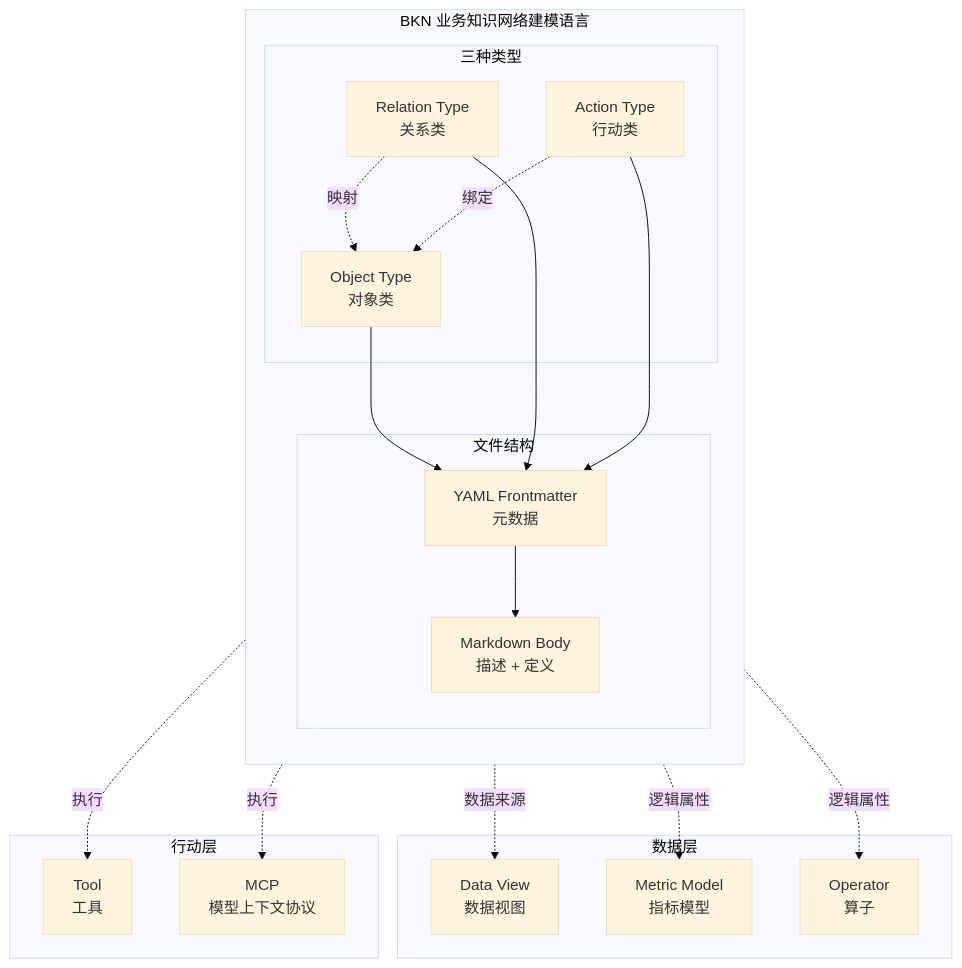
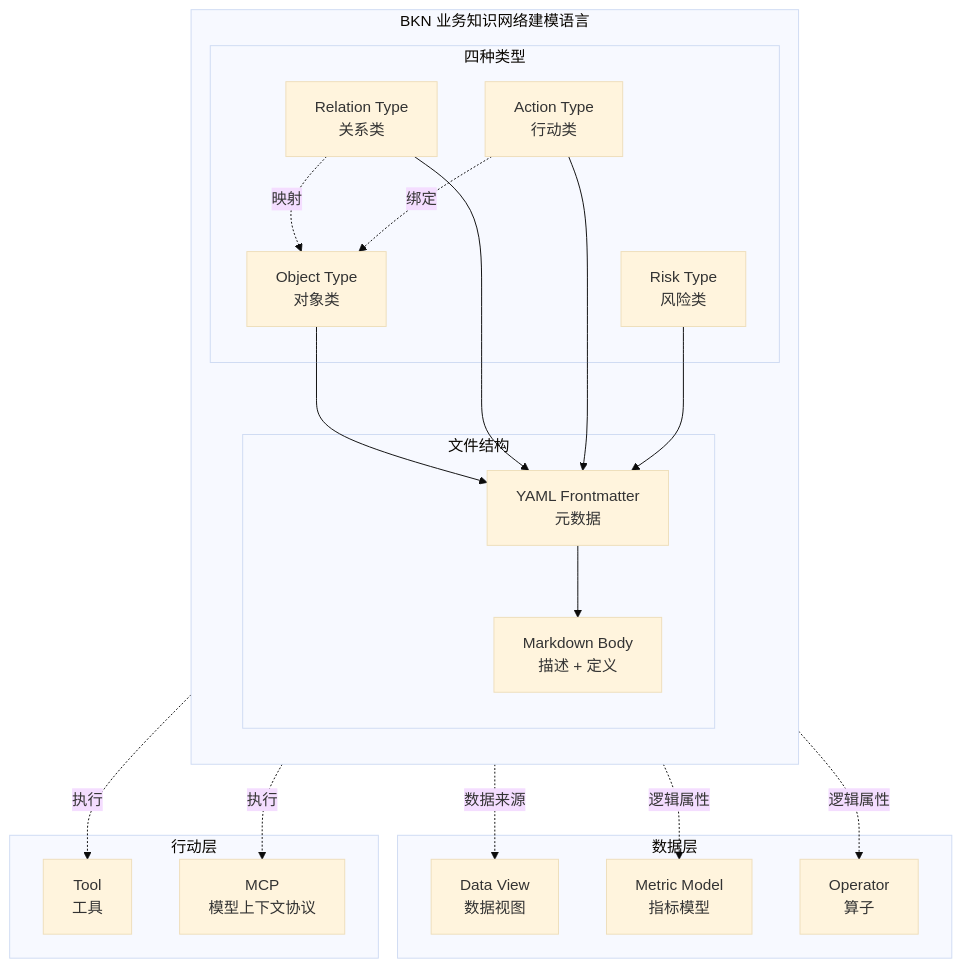
One commit to hhthxt/bkn-specification changed the first of 6 diagrams in docs/ARCHITECTURE.md. Above: the diagram before and after it, drawn with Mermaid (base theme). The commit also changed other lines of this file and 57 other files, not shown here.

````diff
--- a/docs/ARCHITECTURE.md
+++ b/docs/ARCHITECTURE.md
@@ -15,41 +15,43 @@
 ```mermaid
 flowchart TB
     subgraph BKN_Language["BKN 业务知识网络建模语言"]
         direction TB
         
-        subgraph Types["三种类型"]
+        subgraph Types["四种类型"]
             Object["Object Type<br/>对象类"]
             Relation["Relation Type<br/>关系类"]
             Action["Action Type<br/>行动类"]
+            Risk["Risk Type<br/>风险类"]
         end
         
         subgraph Structure["文件结构"]
             Frontmatter["YAML Frontmatter<br/>元数据"]
             Body["Markdown Body<br/>描述 + 定义"]
         end
         
         Object --> Frontmatter
         Relation --> Frontmatter
         Action --> Frontmatter
+        Risk --> Frontmatter
         Frontmatter --> Body
     end
     
     subgraph DataLayer["数据层"]
         DataView["Data View<br/>数据视图"]
         MetricModel["Metric Model<br/>指标模型"]
         Operator["Operator<br/>算子"]
     end
     
     subgraph ActionLayer["行动层"]
         Tool["Tool<br/>工具"]
         MCP["MCP<br/>模型上下文协议"]
     end
     
     Object -.->|数据来源| DataView
     Object -.->|逻辑属性| MetricModel
     Object -.->|逻辑属性| Operator
     Relation -.->|映射| Object
     Action -.->|绑定| Object
     Action -.->|执行| Tool
     Action -.->|执行| MCP
 ```
````
